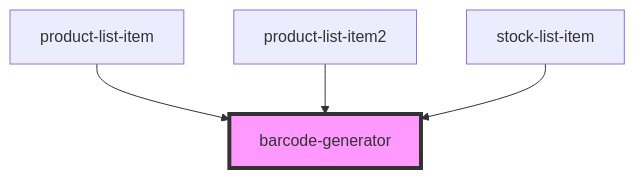
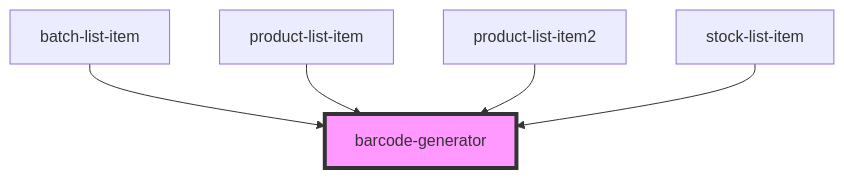
Before and after one commit to PharmaLedger-IMI/fgt-workspace: the diagram in pdm-web-components/src/components/barcode-generator/readme.md, drawn with Mermaid. The commit also changed other lines of this file and 11 other files, not shown here.

Commit message:
refs #10 - Mah products table working. batches seem to hang when querying the db... cant figure out why

````diff
--- a/pdm-web-components/src/components/barcode-generator/readme.md
+++ b/pdm-web-components/src/components/barcode-generator/readme.md
@@ -29,7 +30,8 @@
 ```mermaid
 graph TD;
+  batch-list-item --> barcode-generator
   product-list-item --> barcode-generator
   product-list-item2 --> barcode-generator
   stock-list-item --> barcode-generator
   style barcode-generator fill:#f9f,stroke:#333,stroke-width:4px
 ```
````
